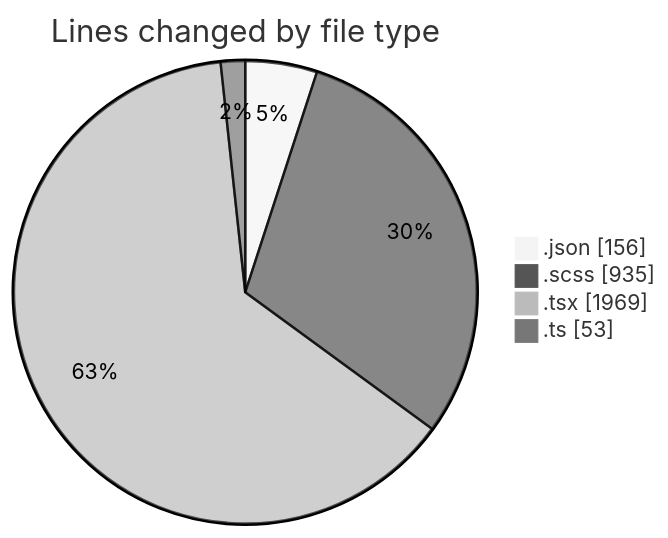
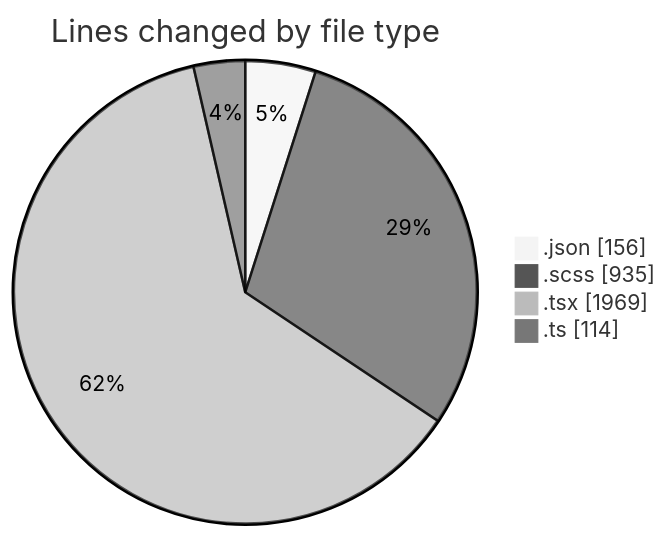
One commit to momahboobian/code-tracking changed the first of 2 diagrams in 2026-02-17/cda/README.md. Above: the diagram before and after it, drawn with Mermaid (neutral theme). The commit also changed other lines of this file and 1 other file, not shown here.

````diff
--- a/2026-02-17/cda/README.md
+++ b/2026-02-17/cda/README.md
@@ -30,8 +30,8 @@
 ```mermaid
 pie showData
 title Lines changed by file type
 ".json" : 156
 ".scss" : 935
 ".tsx" : 1969
-".ts" : 53
+".ts" : 114
 ```
````
